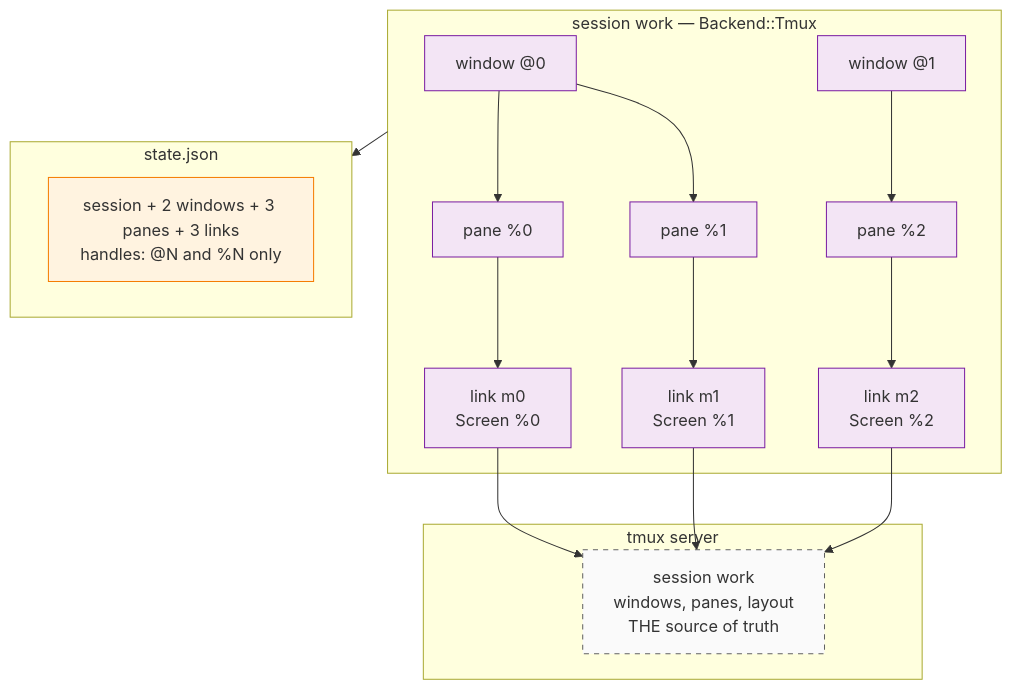
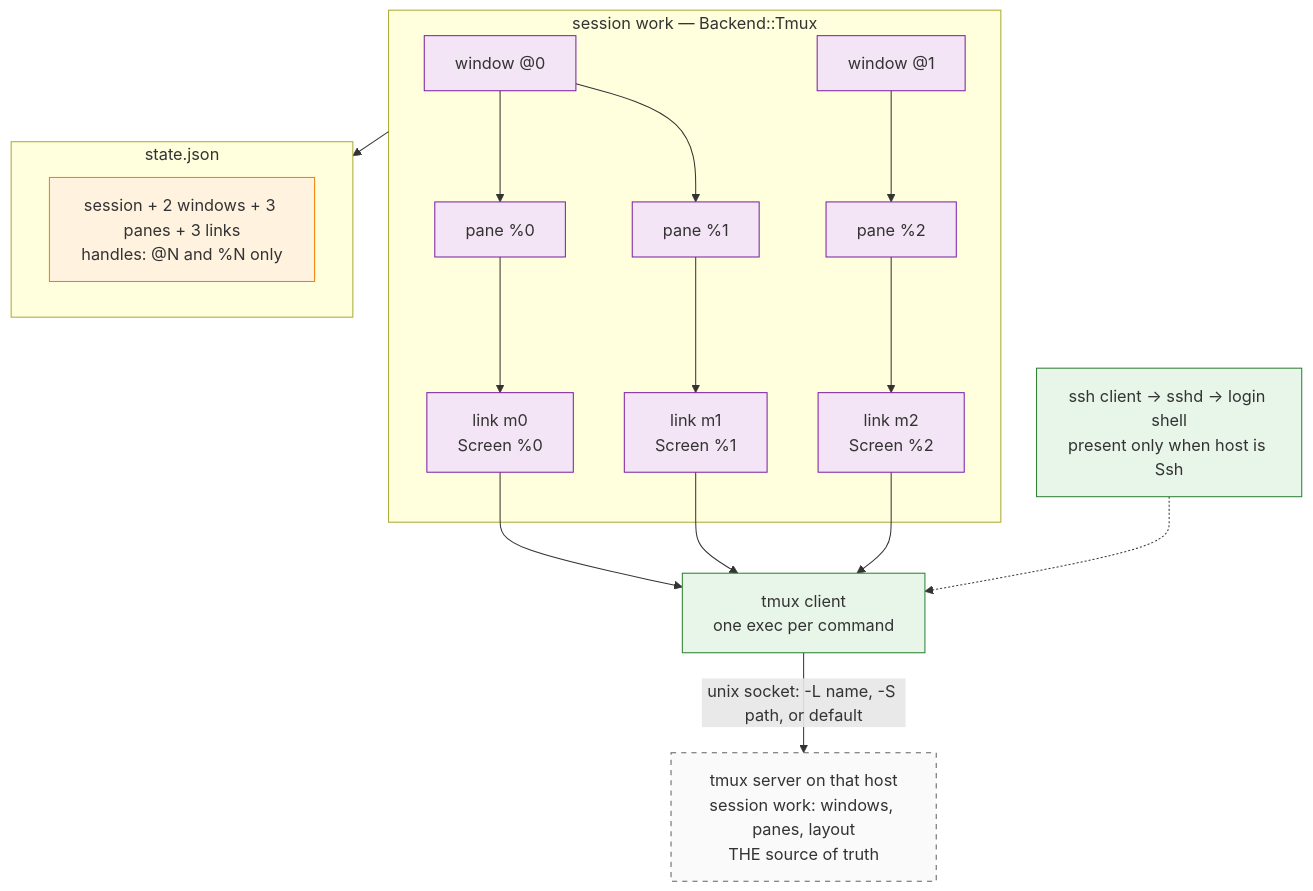
One commit to xiaoshan1234/xscore changed the second of 4 diagrams in doc/dev/arch/arch.md. Above: the diagram before and after it, drawn with Mermaid. The commit also changed other lines of this file, not shown here.

First line of the commit message:
docs(arch): show the ssh hop — local and remote tmux are the same protocol, not the same path

````diff
--- a/doc/dev/arch/arch.md
+++ b/doc/dev/arch/arch.md
@@ -291,39 +292,43 @@
 ```mermaid
 graph TB
     subgraph SESS["session work — Backend::Tmux"]
         W0["window @0"]
         W1["window @1"]
         Q0["pane %0"]
         Q1["pane %1"]
         Q2["pane %2"]
         M0["link m0<br/>Screen %0"]
         M1["link m1<br/>Screen %1"]
         M2["link m2<br/>Screen %2"]
         W0 --> Q0
         W0 --> Q1
         W1 --> Q2
         Q0 --> M0
         Q1 --> M1
         Q2 --> M2
     end
 
     subgraph ST["state.json"]
         TS["session + 2 windows + 3 panes + 3 links<br/>handles: @N and %N only"]
     end
 
-    subgraph TM["tmux server"]
-        TMS["session work<br/>windows, panes, layout<br/>THE source of truth"]
-    end
+    H["ssh client → sshd → login shell<br/>present only when host is Ssh"]
+    C["tmux client<br/>one exec per command"]
+    TMS["tmux server on that host<br/>session work: windows, panes, layout<br/>THE source of truth"]
 
     SESS --> ST
-    M0 --> TMS
-    M1 --> TMS
-    M2 --> TMS
+    M0 --> C
+    M1 --> C
+    M2 --> C
+    H -.-> C
+    C -->|"unix socket: -L name, -S path, or default"| TMS
 
     classDef sess fill:#f3e5f5,stroke:#7b1fa2
     classDef st fill:#fff3e0,stroke:#f57c00
+    classDef hop fill:#e8f5e9,stroke:#2e7d32
     classDef ext fill:#fafafa,stroke:#616161,stroke-dasharray: 5 5
     class W0,W1,Q0,Q1,Q2,M0,M1,M2 sess
     class TS st
+    class H,C hop
     class TMS ext
 ```
````
